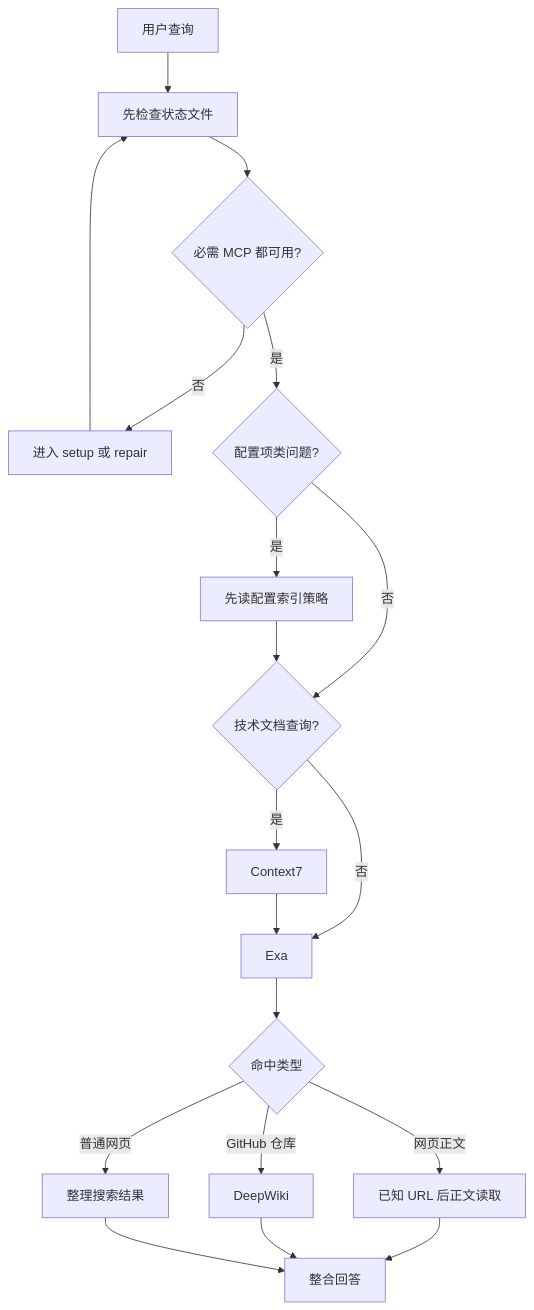
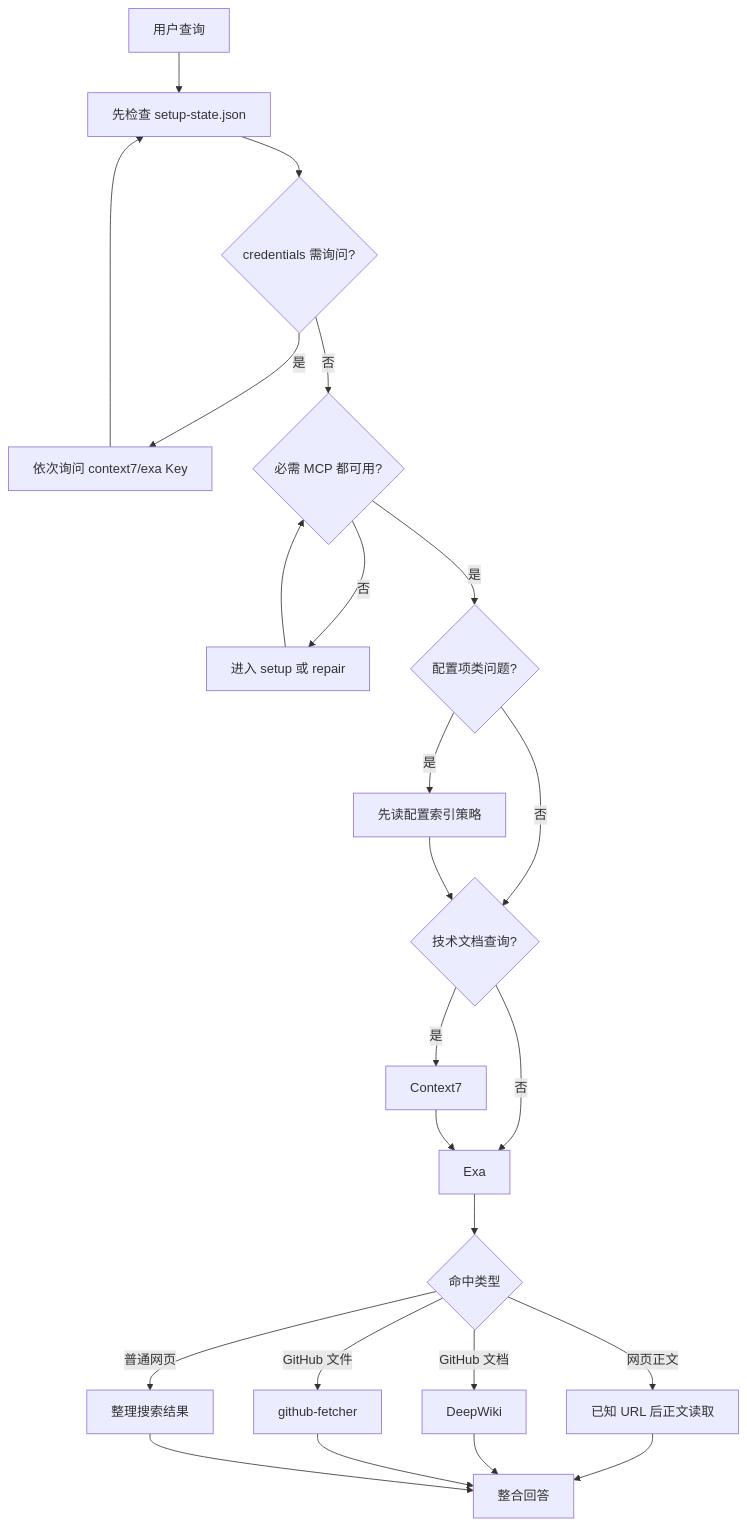
One commit to karthrand/karthrand-ai-public changed the first of 2 diagrams in skills/search-web/examples/usage.md. Above: the diagram before and after it, drawn with Mermaid. The commit also changed other lines of this file, not shown here.

Commit message:
📝 docs: usage.md 更新 detect.sh 引用、github-fetcher 示例、credentials 流程

````diff
--- a/skills/search-web/examples/usage.md
+++ b/skills/search-web/examples/usage.md
@@ -16,21 +16,26 @@
 ```mermaid
 graph TD
-    A[用户查询] --> B[先检查状态文件]
-    B --> C{必需 MCP 都可用?}
-    C -->|否| D[进入 setup 或 repair]
-    C -->|是| E{配置项类问题?}
-    D --> B
-    E -->|是| F[先读配置索引策略]
-    E -->|否| G{技术文档查询?}
-    F --> G
-    G -->|是| H[Context7]
-    G -->|否| I[Exa]
-    H --> I
-    I --> J{命中类型}
-    J -->|网页正文| K[已知 URL 后正文读取]
-    J -->|GitHub 仓库| L[DeepWiki]
-    J -->|普通网页| M[整理搜索结果]
-    K --> N[整合回答]
-    L --> N
-    M --> N
+    A[用户查询] --> B[先检查 setup-state.json]
+    B --> C{credentials 需询问?}
+    C -->|是| C1[依次询问 context7/exa Key]
+    C1 --> B
+    C -->|否| D{必需 MCP 都可用?}
+    D -->|否| E[进入 setup 或 repair]
+    E --> D
+    D -->|是| F{配置项类问题?}
+    F -->|是| G[先读配置索引策略]
+    F -->|否| H{技术文档查询?}
+    G --> H
+    H -->|是| I[Context7]
+    H -->|否| J[Exa]
+    I --> J
+    J --> K{命中类型}
+    K -->|网页正文| L[已知 URL 后正文读取]
+    K -->|GitHub 文档| M[DeepWiki]
+    K -->|GitHub 文件| N[github-fetcher]
+    K -->|普通网页| O[整理搜索结果]
+    L --> P[整合回答]
+    M --> P
+    N --> P
+    O --> P
 ```
````
